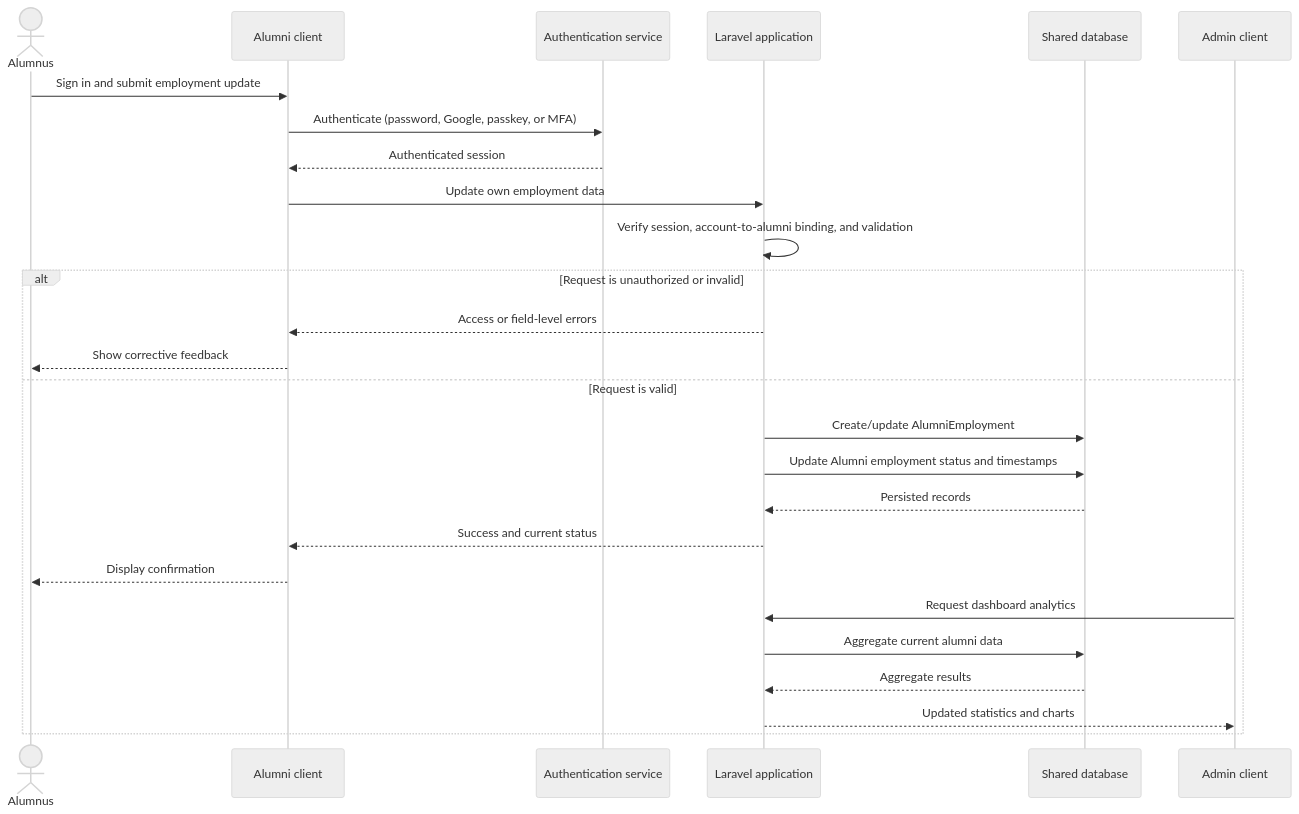
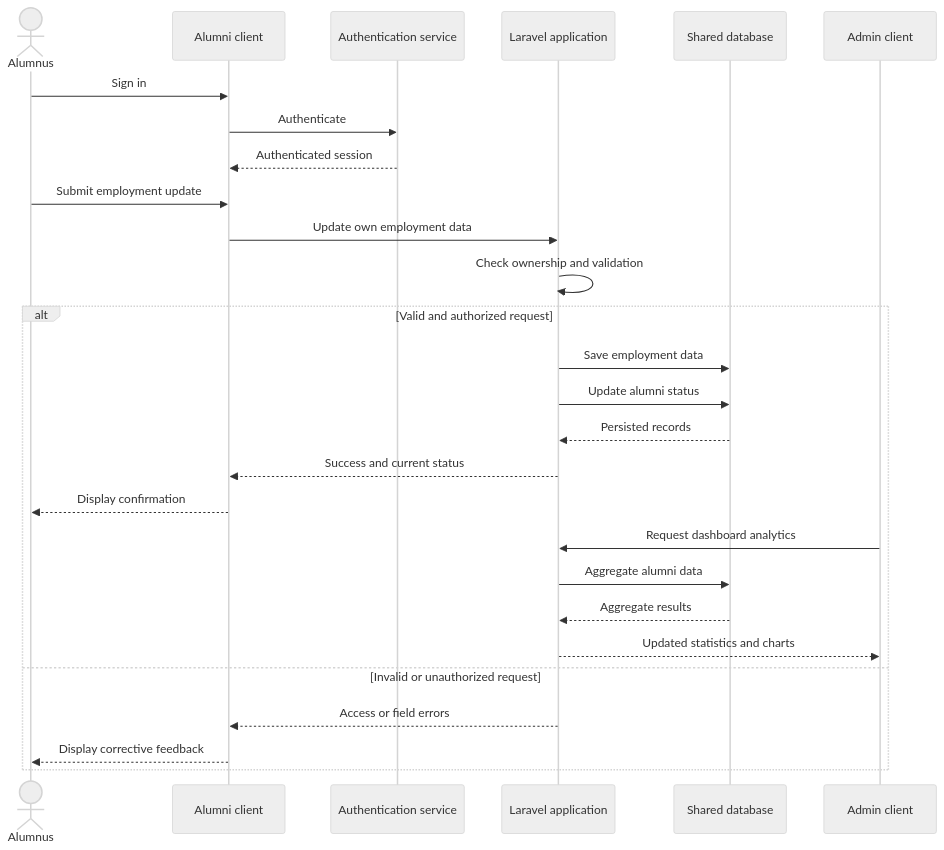
The third of 4 diagrams in object-modeling.md (zrlldy/alumni-tracer), drawn with Mermaid (neutral theme) before and after one commit. The commit also changed other lines of this file and 1 other file, not shown here.

````diff
--- a/object-modeling.md
+++ b/object-modeling.md
@@ -163,29 +162,30 @@
 ```mermaid
 sequenceDiagram
-    actor Alumni as Alumnus
-    participant Client as Alumni client
+    actor Alumnus
+    participant AlumniClient as Alumni client
     participant Auth as Authentication service
-    participant API as Laravel application
-    participant DB as Shared database
-    participant Admin as Admin client
+    participant App as Laravel application
+    participant Database as Shared database
+    participant AdminClient as Admin client
 
-    Alumni->>Client: Sign in and submit employment update
-    Client->>Auth: Authenticate (password, Google, passkey, or MFA)
-    Auth-->>Client: Authenticated session
-    Client->>API: Update own employment data
-    API->>API: Verify session, account-to-alumni binding, and validation
-    alt Request is unauthorized or invalid
-        API-->>Client: Access or field-level errors
-        Client-->>Alumni: Show corrective feedback
-    else Request is valid
-        API->>DB: Create/update AlumniEmployment
-        API->>DB: Update Alumni employment status and timestamps
-        DB-->>API: Persisted records
-        API-->>Client: Success and current status
-        Client-->>Alumni: Display confirmation
-        Admin->>API: Request dashboard analytics
-        API->>DB: Aggregate current alumni data
-        DB-->>API: Aggregate results
-        API-->>Admin: Updated statistics and charts
+    Alumnus->>AlumniClient: Sign in
+    AlumniClient->>Auth: Authenticate
+    Auth-->>AlumniClient: Authenticated session
+    Alumnus->>AlumniClient: Submit employment update
+    AlumniClient->>App: Update own employment data
+    App->>App: Check ownership and validation
+    alt Valid and authorized request
+        App->>Database: Save employment data
+        App->>Database: Update alumni status
+        Database-->>App: Persisted records
+        App-->>AlumniClient: Success and current status
+        AlumniClient-->>Alumnus: Display confirmation
+        AdminClient->>App: Request dashboard analytics
+        App->>Database: Aggregate alumni data
+        Database-->>App: Aggregate results
+        App-->>AdminClient: Updated statistics and charts
+    else Invalid or unauthorized request
+        App-->>AlumniClient: Access or field errors
+        AlumniClient-->>Alumnus: Display corrective feedback
     end
 ```
````
